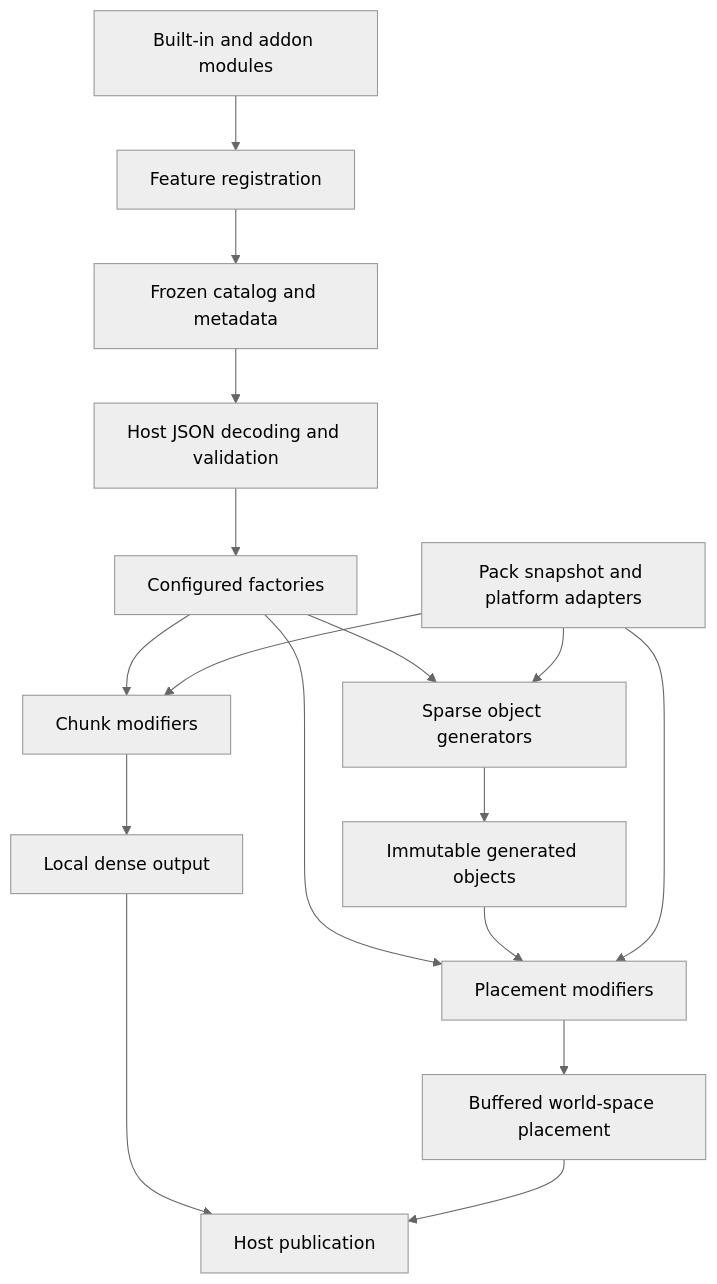
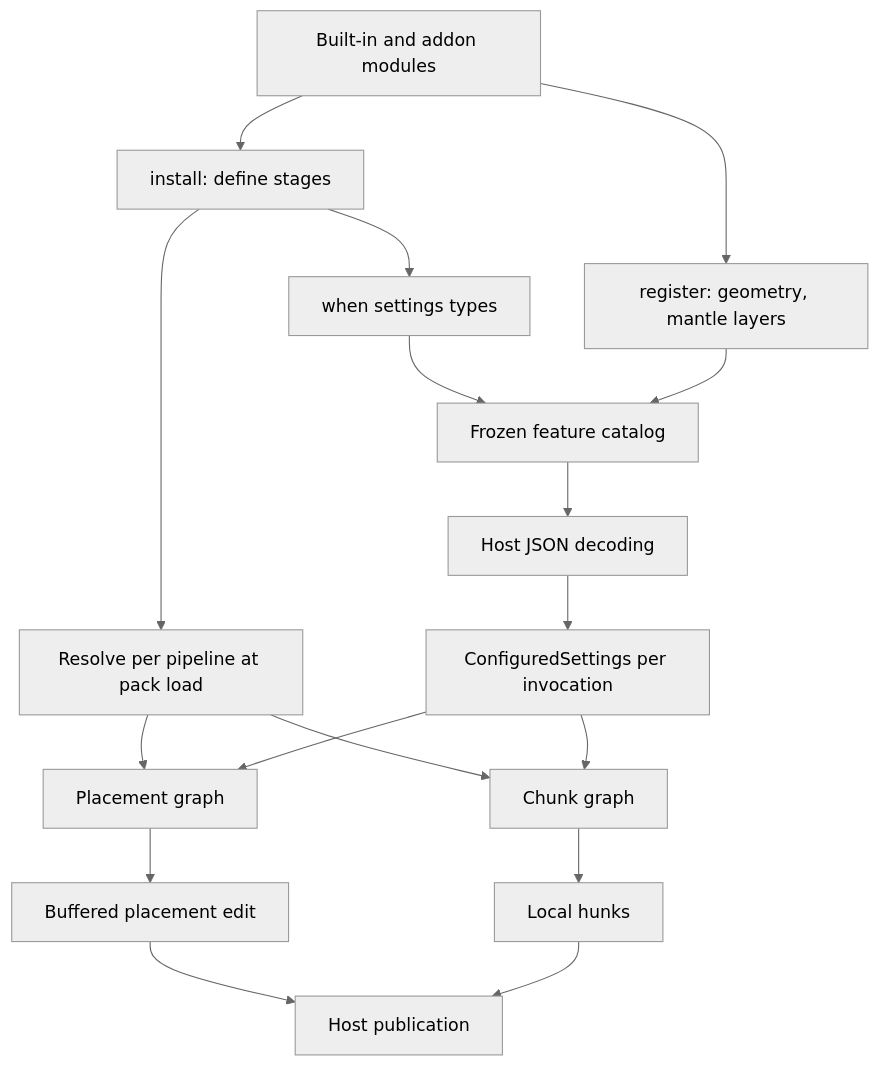
Before and after one commit to VolmitSoftware/Iris: the diagram in DESIGN.md, drawn with Mermaid (neutral theme). The commit also changed other lines of this file and 2 other files, not shown here.

First line of the commit message:
Rewrite docs for the module-owned stage graph

````diff
--- a/DESIGN.md
+++ b/DESIGN.md
@@ -19,19 +14,19 @@
 ```mermaid
 flowchart TD
-    Modules[Built-in and addon modules] --> Registry[Feature registration]
-    Registry --> Catalog[Frozen catalog and metadata]
-    Catalog --> Decode[Host JSON decoding and validation]
-    Decode --> Factories[Configured factories]
-    Factories --> Generation[Chunk modifiers]
-    Factories --> Geometry[Sparse object generators]
-    Factories --> Placement[Placement modifiers]
-    Geometry --> Objects[Immutable generated objects]
-    Objects --> Placement
-    Generation --> Hunk[Local dense output]
-    Placement --> Edit[Buffered world-space placement]
-    Resources[Pack snapshot and platform adapters] --> Generation
-    Resources --> Geometry
-    Resources --> Placement
-    Hunk --> Publish[Host publication]
-    Edit --> Publish
+    Modules[Built-in and addon modules] --> Install[install: define stages]
+    Modules --> Register[register: geometry, mantle layers]
+    Install --> Resolve[Resolve per pipeline at pack load]
+    Install --> Settings[when settings types]
+    Settings --> Catalog[Frozen feature catalog]
+    Register --> Catalog
+    Resolve --> Placement[Placement graph]
+    Resolve --> Chunk[Chunk graph]
+    Catalog --> Decode[Host JSON decoding]
+    Decode --> Configured[ConfiguredSettings per invocation]
+    Configured --> Placement
+    Configured --> Chunk
+    Placement --> Edit[Buffered placement edit]
+    Chunk --> Hunk[Local hunks]
+    Edit --> Publish[Host publication]
+    Hunk --> Publish
 ```
````
